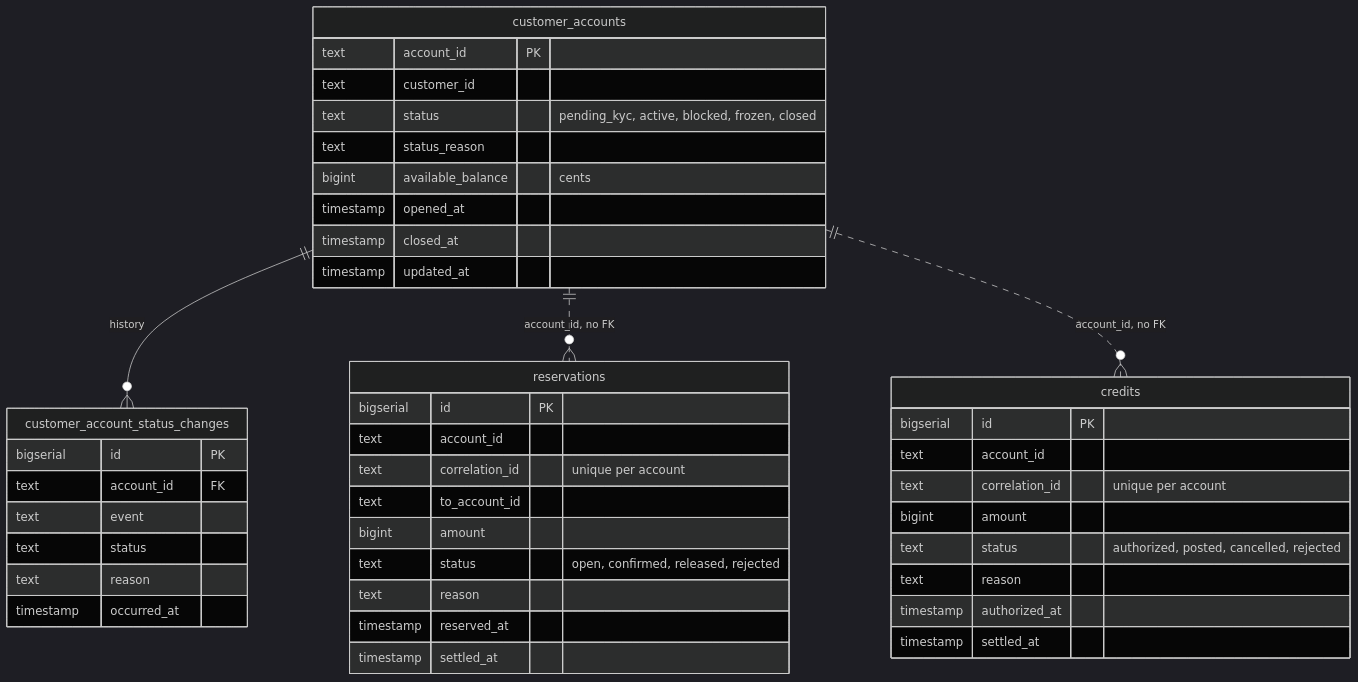
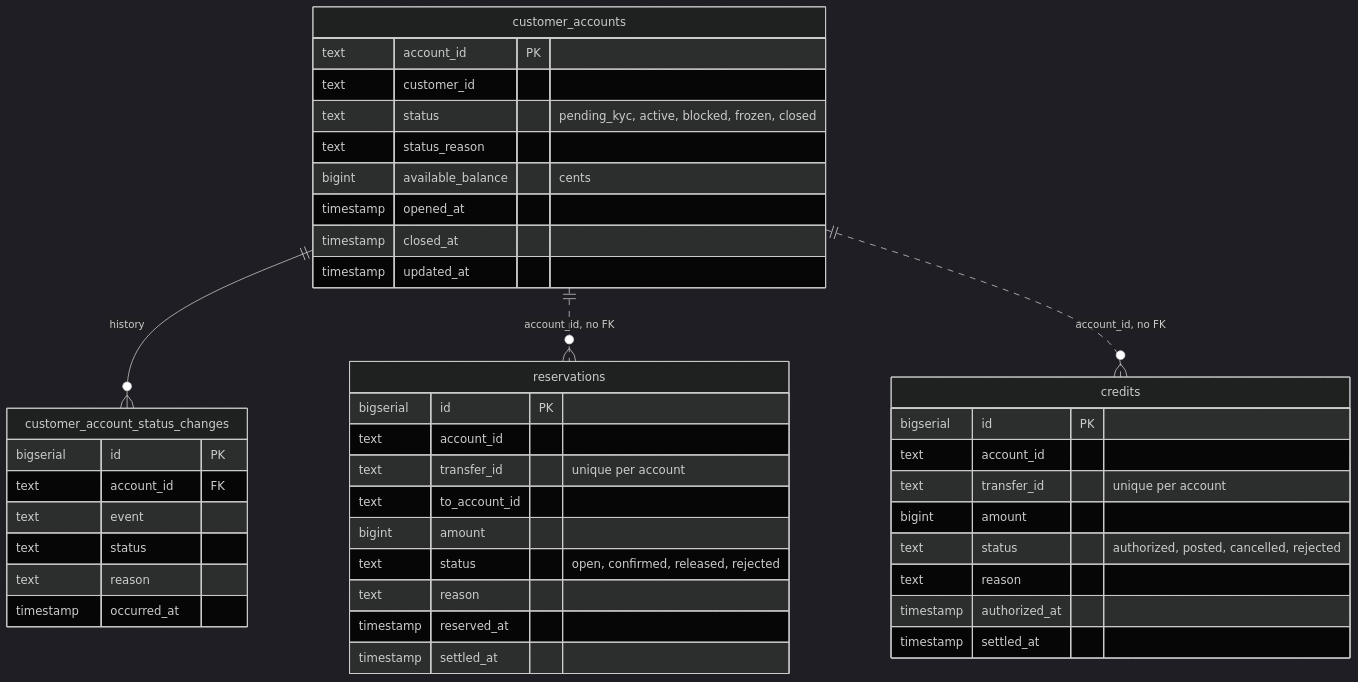
One commit to LuanDc/banking changed the third of 4 diagrams in apps/accounts/README.md. Above: the diagram before and after it, drawn with Mermaid (dark theme). The commit also changed other lines of this file and 41 other files, not shown here.

````diff
--- a/apps/accounts/README.md
+++ b/apps/accounts/README.md
@@ -298,46 +298,46 @@
 ```mermaid
 erDiagram
     customer_accounts ||--o{ customer_account_status_changes : "history"
     customer_accounts ||..o{ reservations : "account_id, no FK"
     customer_accounts ||..o{ credits : "account_id, no FK"
 
     customer_accounts {
         text account_id PK
         text customer_id
         text status "pending_kyc, active, blocked, frozen, closed"
         text status_reason
         bigint available_balance "cents"
         timestamp opened_at
         timestamp closed_at
         timestamp updated_at
     }
     customer_account_status_changes {
         bigserial id PK
         text account_id FK
         text event
         text status
         text reason
         timestamp occurred_at
     }
     reservations {
         bigserial id PK
         text account_id
-        text correlation_id "unique per account"
+        text transfer_id "unique per account"
         text to_account_id
         bigint amount
         text status "open, confirmed, released, rejected"
         text reason
         timestamp reserved_at
         timestamp settled_at
     }
     credits {
         bigserial id PK
         text account_id
-        text correlation_id "unique per account"
+        text transfer_id "unique per account"
         bigint amount
         text status "authorized, posted, cancelled, rejected"
         text reason
         timestamp authorized_at
         timestamp settled_at
     }
 ```
````
